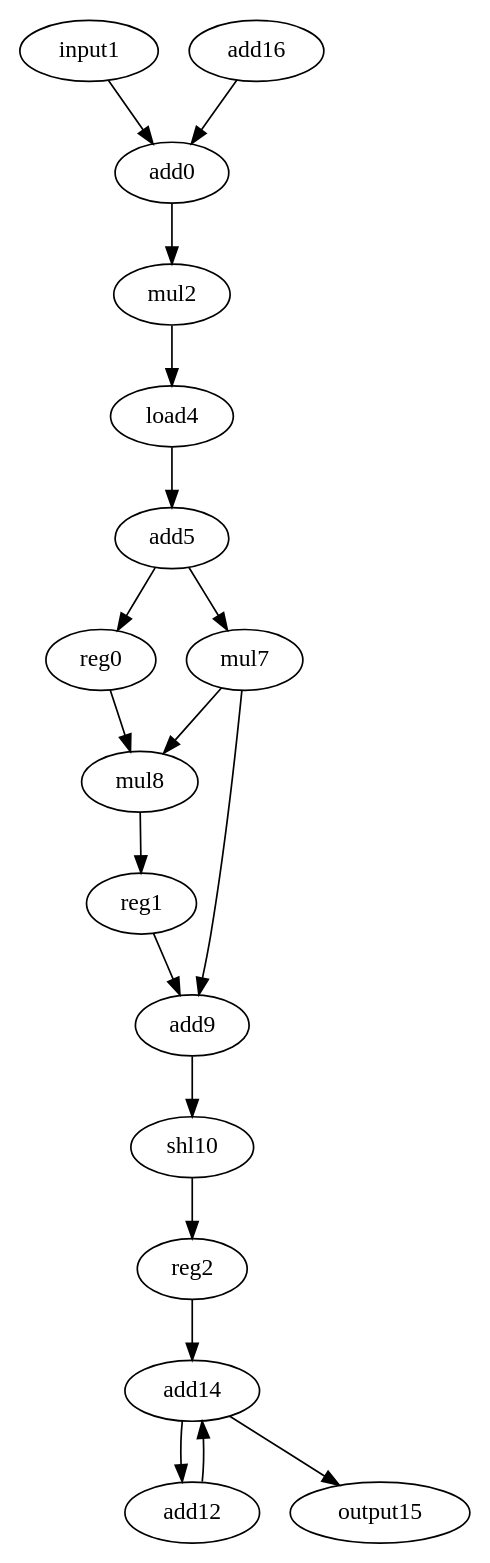
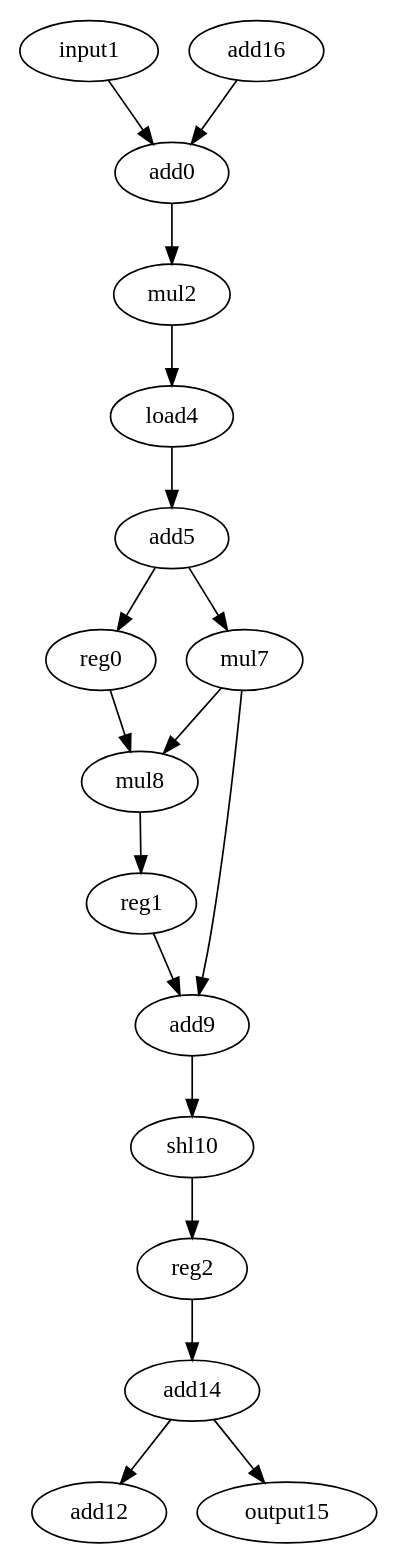
The diagram in dot_cgrame/cgrame_twoloops2.dot (canesche/nvcc_colab_icpp2020), drawn with Graphviz before and after one commit. The commit also changed 1 other file, not shown here.

```diff
--- a/dot_cgrame/cgrame_twoloops2.dot
+++ b/dot_cgrame/cgrame_twoloops2.dot
@@ -1,36 +1,36 @@
 digraph G {
 add0[opcode=add];
 input1[opcode=input];
 mul2[opcode=mul];
 load4[opcode=load];
 add5[opcode=add];
 mul7[opcode=mul];
 mul8[opcode=mul];
 add9[opcode=add];
 shl10[opcode=shl];
 add12[opcode=add];
 add14[opcode=add];
 output15[opcode=output];
 add16[opcode=add];
 reg0[opcode=reg];
 reg1[opcode=reg];
 reg2[opcode=reg];
 add0->mul2[operand=1]; //add->gep_mul
 load4->add5[operand=0]; //load->add
 add5->mul7[operand=0]; //add->mul
 add5->reg0
 reg0->mul8[operand=1]; //add->mul
 mul7->mul8[operand=0]; //mul->mul
 mul7->add9[operand=1]; //mul->add
 mul8->reg1
 reg1->add9[operand=0]; //mul->add
 add9->shl10[operand=0]; //add->shl
 shl10->reg2
 reg2->add14[operand=1]; //shl->add
-add12->add14[operand=0]; //add->add
+//add12->add14[operand=0]; //add->add
 add14->output15[operand=0]; //add->output
 add14->add12[operand=0]; //add->add
 add16->add0[operand=0]; //add->add
 input1->add0[operand=1]; //input->add
 mul2->load4[operand=0]; //gep_mul->load
 }
```
